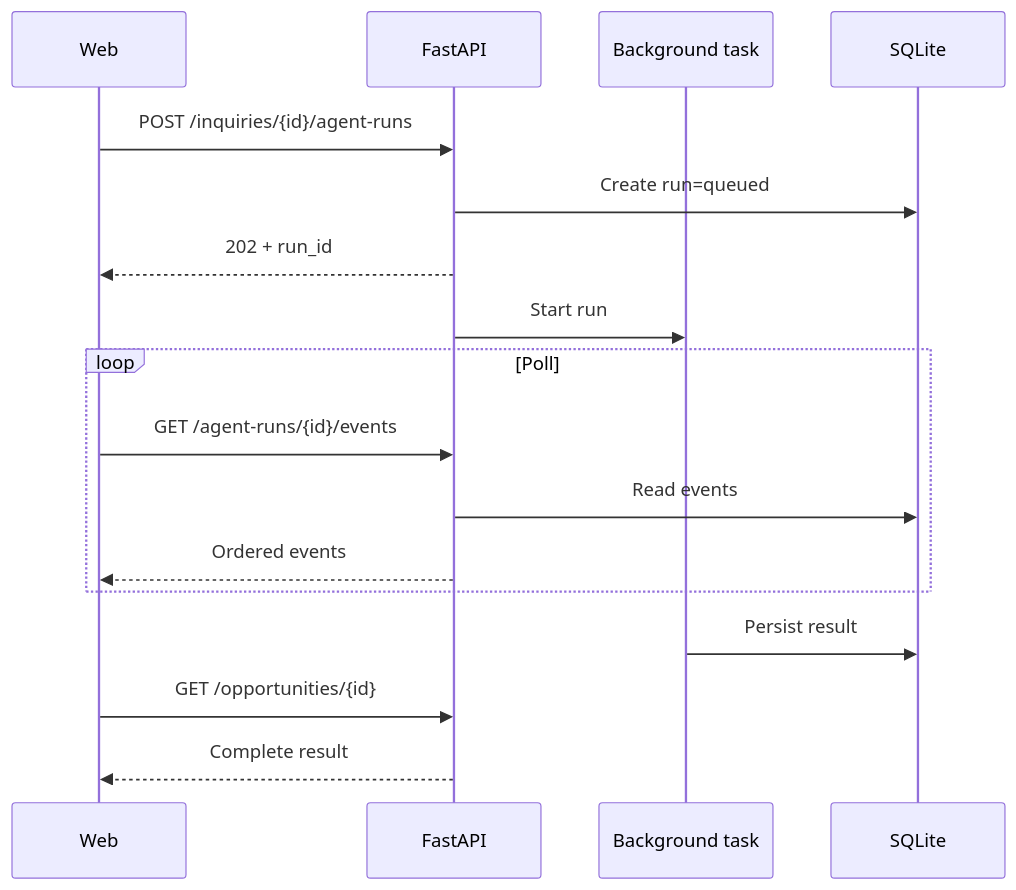
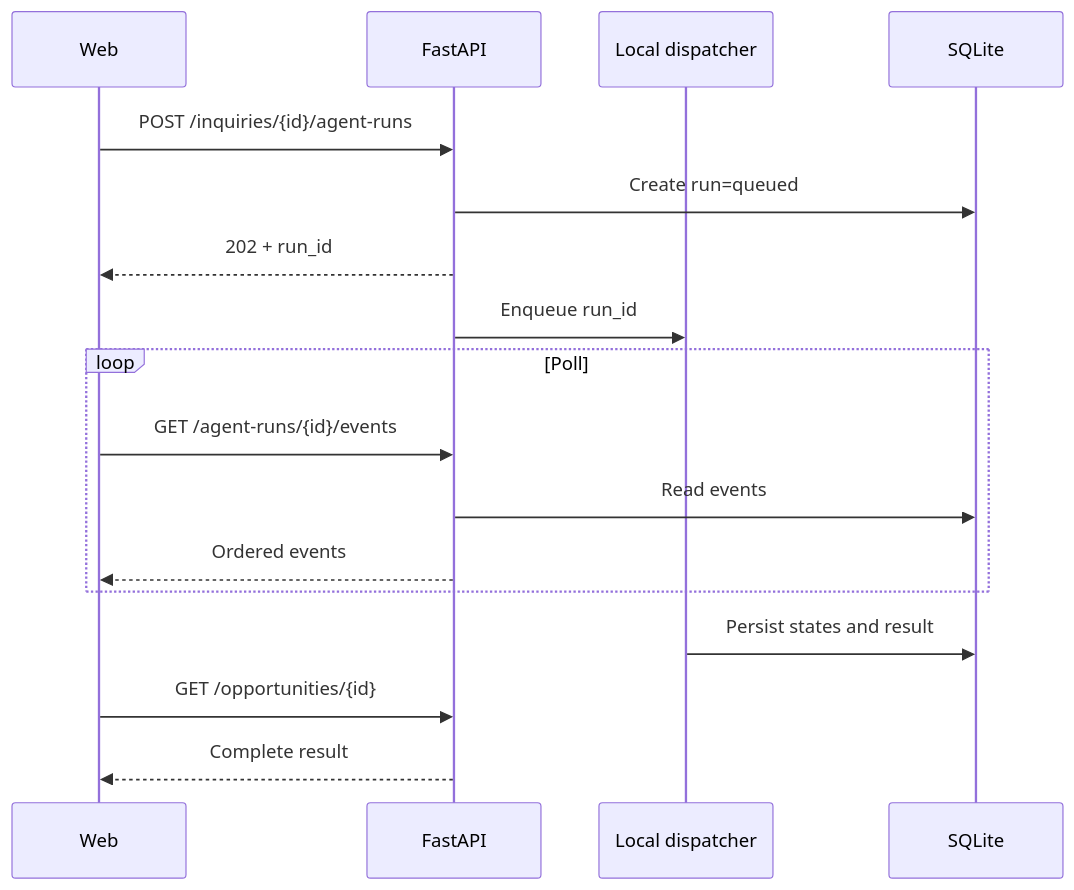
One commit to 4356gs/adegaflow-ai changed the diagram in docs/architecture/026-api-contracts.md. Above: the diagram before and after it, drawn with Mermaid. The commit also changed other lines of this file and 14 other files, not shown here.

````diff
--- a/docs/architecture/026-api-contracts.md
+++ b/docs/architecture/026-api-contracts.md
@@ -160,20 +178,20 @@
 ```mermaid
 sequenceDiagram
     participant W as Web
     participant A as FastAPI
-    participant B as Background task
+    participant B as Local dispatcher
     participant DB as SQLite
 
     W->>A: POST /inquiries/{id}/agent-runs
     A->>DB: Create run=queued
     A-->>W: 202 + run_id
-    A->>B: Start run
+    A->>B: Enqueue run_id
     loop Poll
         W->>A: GET /agent-runs/{id}/events
         A->>DB: Read events
         A-->>W: Ordered events
     end
-    B->>DB: Persist result
+    B->>DB: Persist states and result
     W->>A: GET /opportunities/{id}
     A-->>W: Complete result
 ```
````
